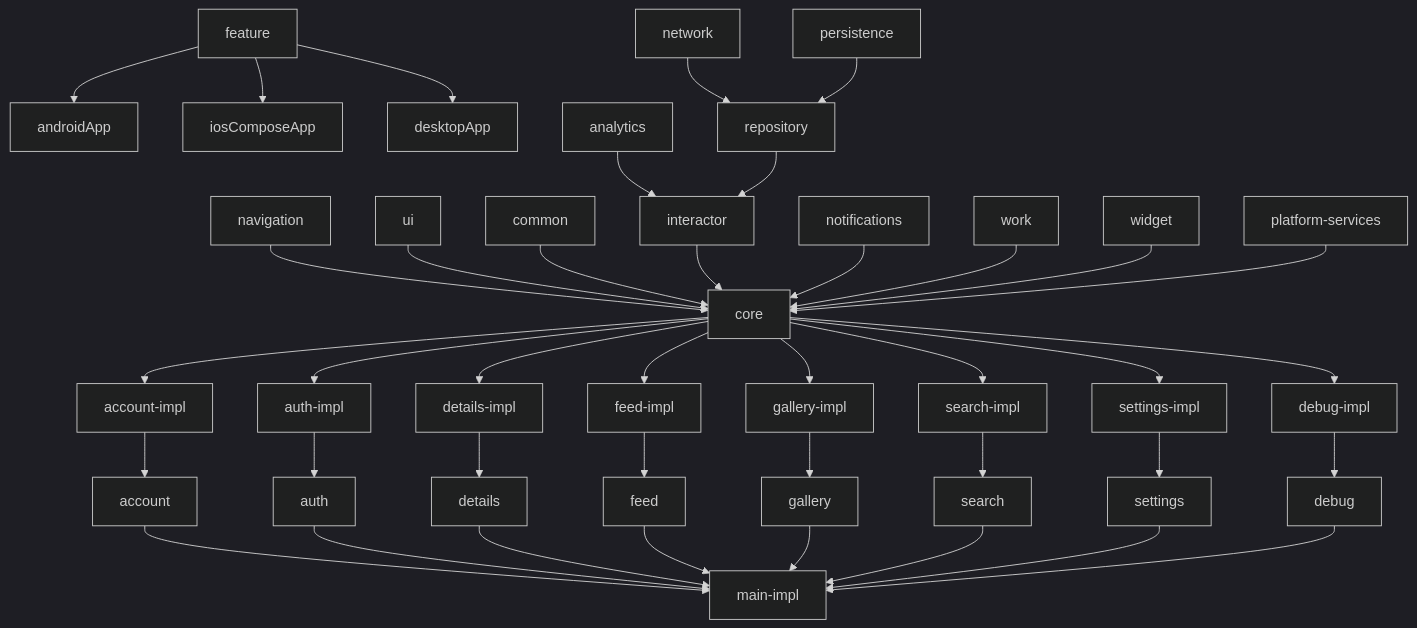
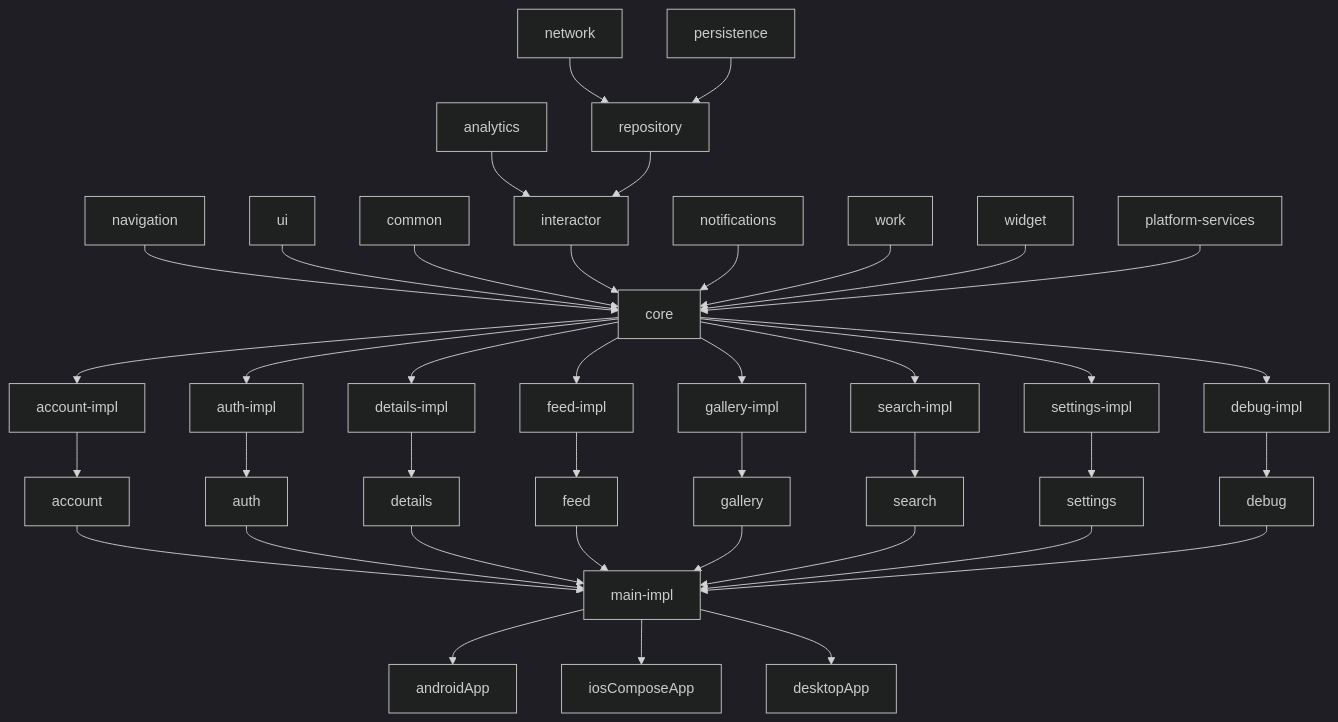
The diagram in readme.md (michaelbel/movies), drawn with Mermaid (dark theme) before and after one commit. The commit also changed 1 other file, not shown here.

Commit message:
Update project

````diff
--- a/readme.md
+++ b/readme.md
@@ -202,48 +202,48 @@
 ```mermaid
 graph TD;
-    feature-->androidApp
-    feature-->iosComposeApp
-    feature-->desktopApp
+    main-impl-->androidApp
+    main-impl-->iosComposeApp
+    main-impl-->desktopApp
 
     account-->main-impl
     auth-->main-impl
     details-->main-impl
     feed-->main-impl
     gallery-->main-impl
     search-->main-impl
     settings-->main-impl
     debug-->main-impl
 
     account-impl-->account
     auth-impl-->auth
     details-impl-->details
     feed-impl-->feed
     gallery-impl-->gallery
     search-impl-->search
     settings-impl-->settings
     debug-impl-->debug
 
     core-->account-impl
     core-->auth-impl
     core-->details-impl
     core-->feed-impl
     core-->gallery-impl
     core-->search-impl
     core-->settings-impl
     core-->debug-impl
 
     navigation-->core
     ui-->core
     common-->core
     interactor-->core
     notifications-->core
     work-->core
     widget-->core
     platform-services-->core
 
     analytics-->interactor
     repository-->interactor
 
     network-->repository
     persistence-->repository
 ```
````
